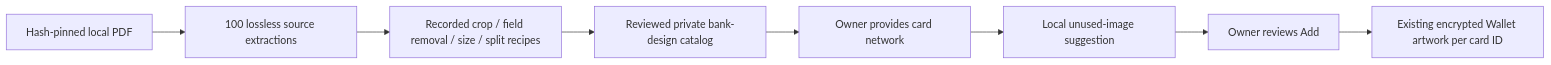
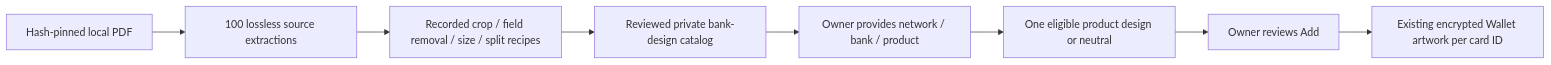
One commit to hushh-labs/hushh-research changed the diagram in docs/reference/one/wallet-card-atlas.md. Above: the diagram before and after it, drawn with Mermaid. The commit also changed other lines of this file and 4 other files, not shown here.

````diff
--- a/docs/reference/one/wallet-card-atlas.md
+++ b/docs/reference/one/wallet-card-atlas.md
@@ -5,10 +5,10 @@
 ```mermaid
 flowchart LR
   pdf[Hash-pinned local PDF] --> originals[100 lossless source extractions]
   originals --> review[Recorded crop / field removal / size / split recipes]
   review --> catalog[Reviewed private bank-design catalog]
-  catalog --> bank[Owner provides card network]
-  bank --> choice[Local unused-image suggestion]
+  catalog --> bank[Owner provides network / bank / product]
+  bank --> choice[One eligible product design or neutral]
   choice --> confirm[Owner reviews Add]
   confirm --> wallet[Existing encrypted Wallet artwork per card ID]
 ```
````
